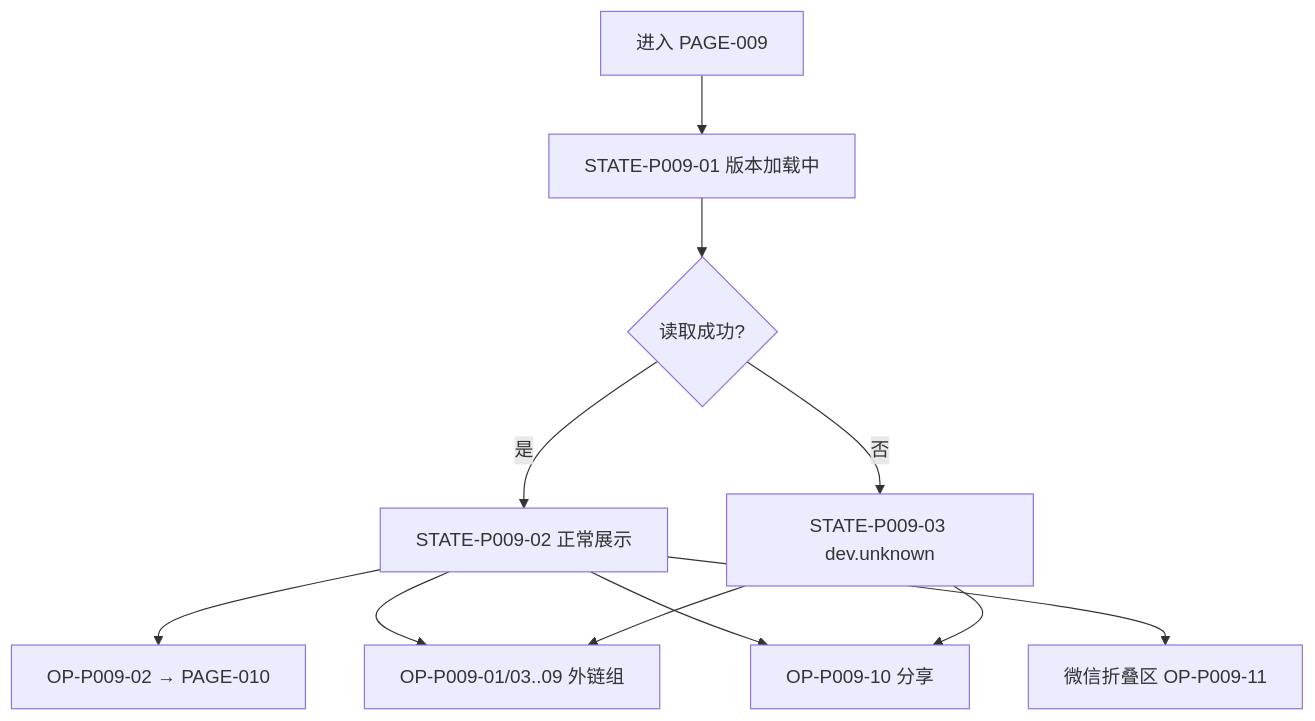
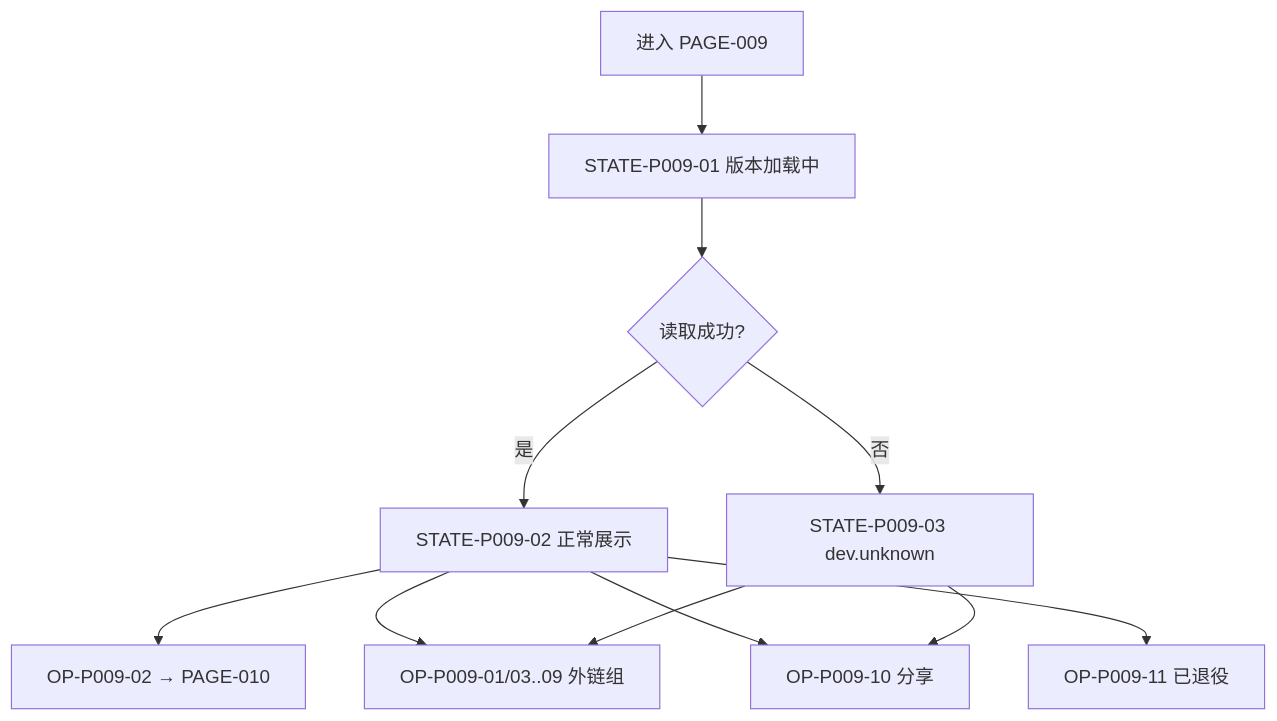
One commit to LuoYaoSheng/smart-ble changed the diagram in docs/target-product/pages/PAGE-009_ABOUT.md. Above: the diagram before and after it, drawn with Mermaid. The commit also changed other lines of this file and 65 other files, not shown here.

````diff
--- a/docs/target-product/pages/PAGE-009_ABOUT.md
+++ b/docs/target-product/pages/PAGE-009_ABOUT.md
@@ -149,13 +149,13 @@
 ```mermaid
 flowchart TD
   A[进入 PAGE-009] --> B[STATE-P009-01 版本加载中]
   B --> C{读取成功?}
   C -- 是 --> D[STATE-P009-02 正常展示]
   C -- 否 --> E[STATE-P009-03 dev.unknown]
   D --> F[OP-P009-02 → PAGE-010]
   D --> G[OP-P009-01/03..09 外链组]
   D --> H[OP-P009-10 分享]
   E --> G
   E --> H
-  D --> I[微信折叠区 OP-P009-11]
+  D --> I[OP-P009-11 已退役]
 ```
````
